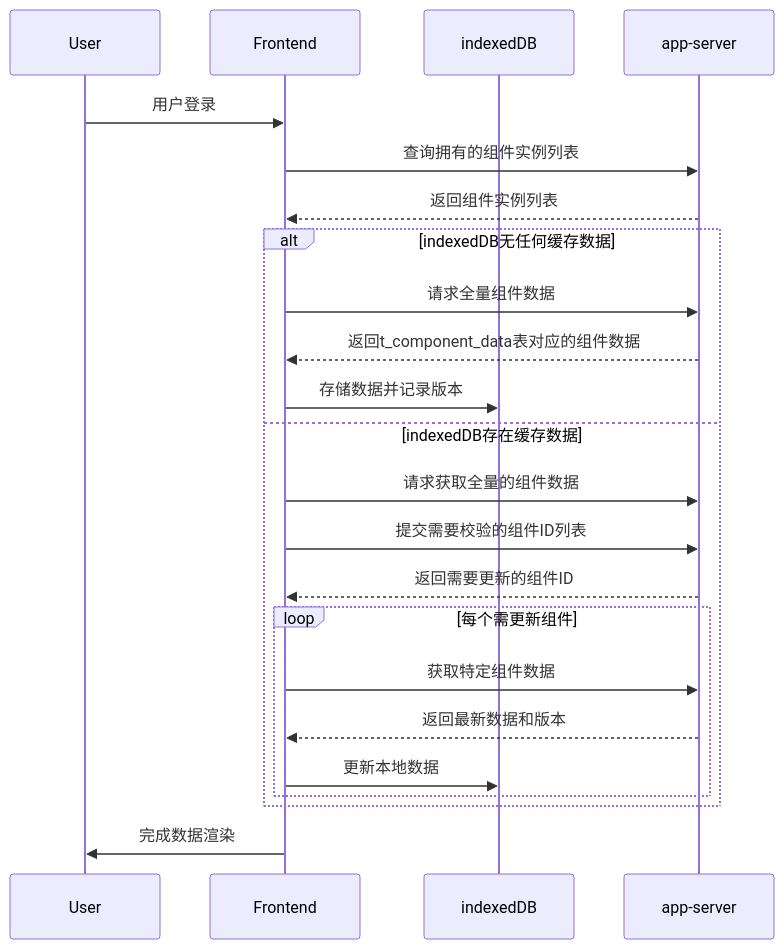
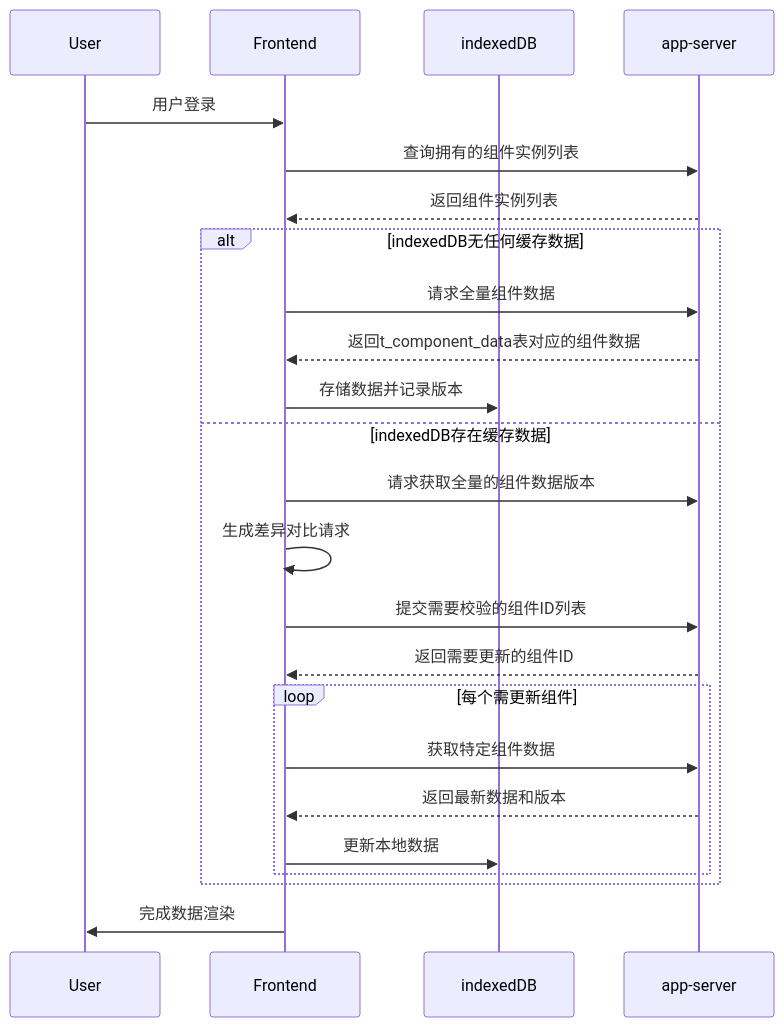
The diagram in all/未命名-24.md (yingjianzh/iodraw-files), drawn with Mermaid before and after one commit.

Commit message:
2025-02-24 17:11:16 update

````diff
--- a/all/未命名-24.md
+++ b/all/未命名-24.md
@@ -1,27 +1,28 @@
 ```mermaid
 sequenceDiagram
     participant User
     participant Frontend
     participant indexedDB
     participant app-server
 
     User->>Frontend: 用户登录
     Frontend->>app-server: 查询拥有的组件实例列表
     app-server-->>Frontend: 返回组件实例列表
     
     alt indexedDB无任何缓存数据
         Frontend->>app-server: 请求全量组件数据
         app-server-->>Frontend: 返回t_component_data表对应的组件数据
         Frontend->>indexedDB: 存储数据并记录版本
     else indexedDB存在缓存数据
-        Frontend->>app-server: 请求获取全量的组件数据
+        Frontend->>app-server: 请求获取全量的组件数据版本
+        Frontend->>Frontend: 生成差异对比请求
         Frontend->>app-server: 提交需要校验的组件ID列表
         app-server-->>Frontend: 返回需要更新的组件ID
         loop 每个需更新组件
             Frontend->>app-server: 获取特定组件数据
             app-server-->>Frontend: 返回最新数据和版本
             Frontend->>indexedDB: 更新本地数据
         end
     end
     Frontend->>User: 完成数据渲染
 ```
````
